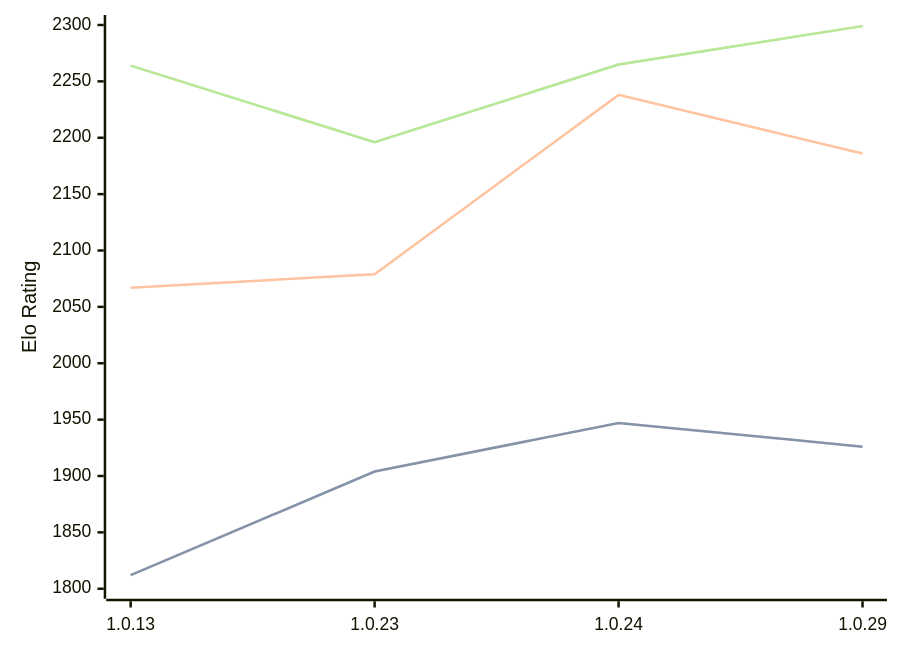
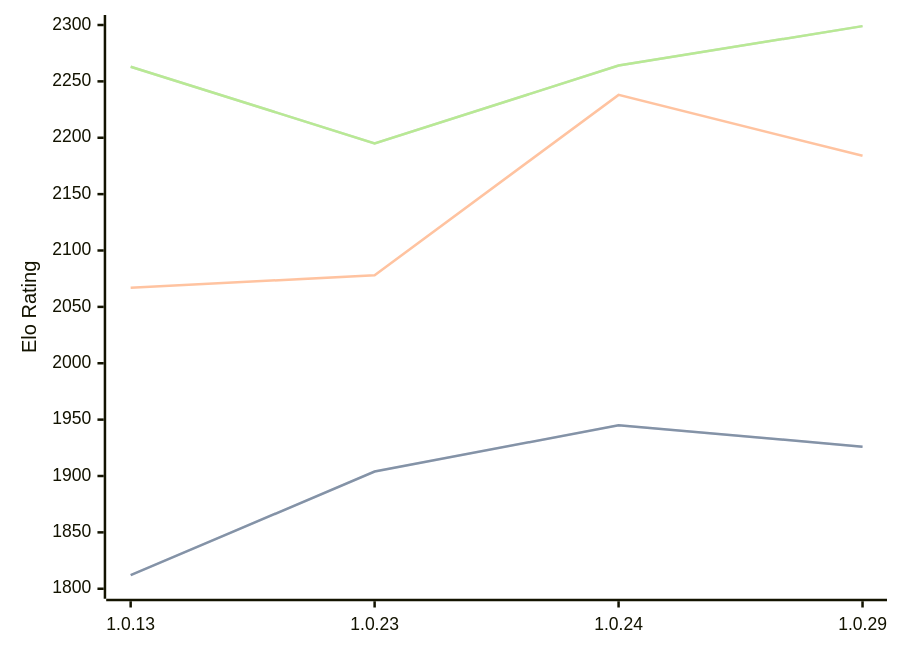
Before and after one commit to computer-chess-index/cci: the diagram in engines/RustyRival.md, drawn with Mermaid. The commit also changed other lines of this file, not shown here.

Commit message:
Update CCI Ratings (ELO VLTC) - 2026-03-23

````diff
--- a/engines/RustyRival.md
+++ b/engines/RustyRival.md
@@ -62,11 +62,11 @@
 ```mermaid
 %%{init: {"theme":"base","themeVariables":{"seriesColors:['#a3a3a3','#222221','#faa371']}}}%%
 xychart-beta
   x-axis ["1.0.13", "1.0.23", "1.0.24", "1.0.29"]
   y-axis "Elo Rating" 1800 --> 2300
-  line "STC (8.0+0.08s)" [1812, 1904, 1947, 1926]
-  line "STC (8.0+0.08s)" [1812, 1904, 1947, 1926]
-  line "LTC (60.0+0.60s)" [2067, 2079, 2238, 2186]
-  line "VLTC (2m24s+1.12s)" [2264, 2196, 2265, 2299]
-  line "VLTC (2m24s+1.12s)" [2264, 2196, 2265, 2299]
+  line "STC (8.0+0.08s)" [1812, 1904, 1945, 1926]
+  line "STC (8.0+0.08s)" [1812, 1904, 1945, 1926]
+  line "LTC (60.0+0.60s)" [2067, 2078, 2238, 2184]
+  line "VLTC (2m24s+1.12s)" [2263, 2195, 2264, 2299]
+  line "VLTC (2m24s+1.12s)" [2263, 2195, 2264, 2299]
 ```
````
